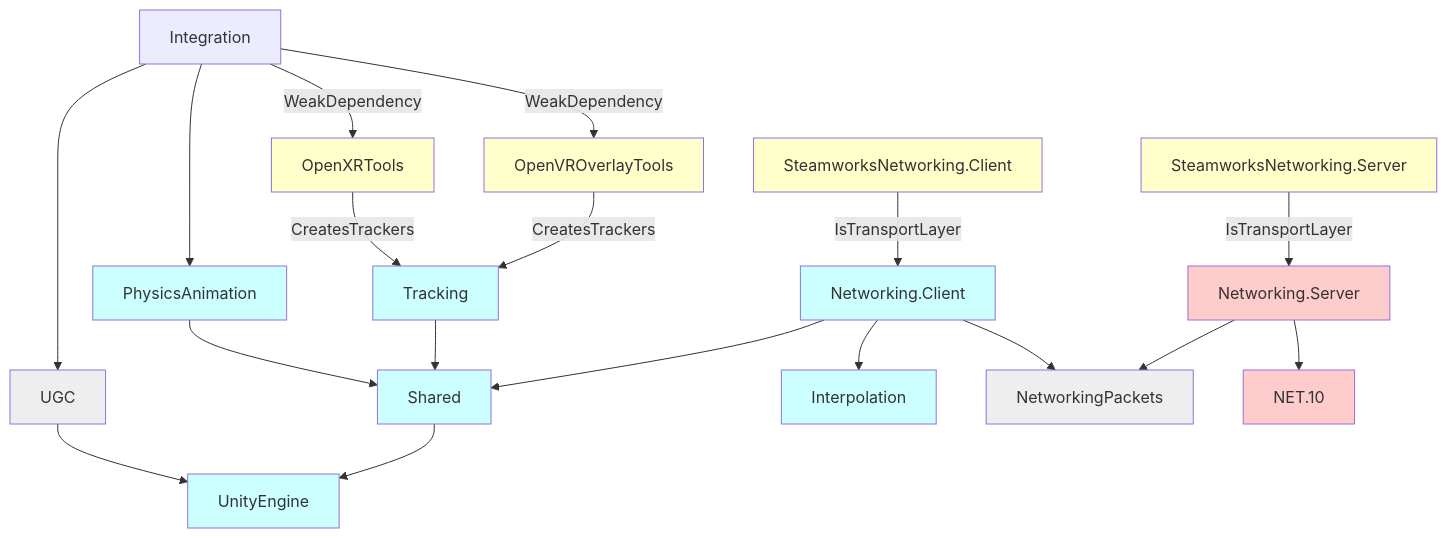
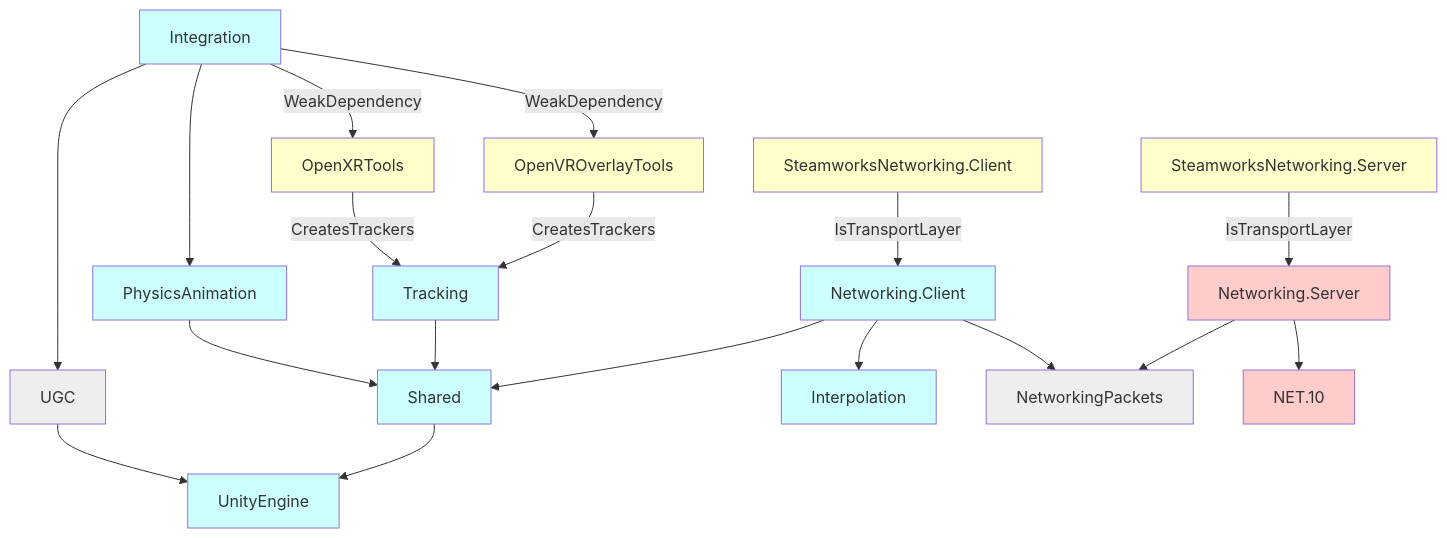
One commit to hai-vr/documentation changed the diagram in docs/hvr/core/structure.md. Above: the diagram before and after it, drawn with Mermaid. The commit also changed other lines of this file, not shown here.

````diff
--- a/docs/hvr/core/structure.md
+++ b/docs/hvr/core/structure.md
@@ -4,32 +13,32 @@
 ```mermaid
 graph TD;
-    PhysicsAnimation-->Shared:::focus;
-    Tracking-->Shared:::focus;
-    OpenXRTools:::vendor-->|CreatesTrackers|Tracking:::focus;
-    OpenVROverlayTools:::vendor-->|CreatesTrackers|Tracking:::focus;
+    PhysicsAnimation-->Shared:::unity;
+    Tracking-->Shared:::unity;
+    OpenXRTools:::vendor-->|CreatesTrackers|Tracking:::unity;
+    OpenVROverlayTools:::vendor-->|CreatesTrackers|Tracking:::unity;
     
-    Integration-->|WeakDependency|OpenXRTools;
+    Integration:::unity-->|WeakDependency|OpenXRTools;
     Integration-->|WeakDependency|OpenVROverlayTools;
-    Integration-->PhysicsAnimation:::focus;
+    Integration-->PhysicsAnimation:::unity;
     Integration-->UGC:::neutral;
     
-    Networking.Client:::focus-->Interpolation:::focus;
+    Networking.Client:::unity-->Interpolation:::unity;
     Networking.Client-->NetworkingPackets:::neutral;
-    Networking.Client-->Shared:::focus;
+    Networking.Client-->Shared:::unity;
     
     UGC-->UnityEngine:::neutral;
-    Shared-->UnityEngine:::focus;
+    Shared-->UnityEngine:::unity;
     
-    Networking.Server:::server-->NetworkingPackets
-    Networking.Server-->NET.10:::server;
+    Networking.Server:::dotnet10-->NetworkingPackets
+    Networking.Server-->NET.10:::dotnet10;
     
     SteamworksNetworking.Client:::vendor-->|IsTransportLayer|Networking.Client
     SteamworksNetworking.Server:::vendor-->|IsTransportLayer|Networking.Server
     
     classDef disabled fill:#CCC
     classDef neutral fill:#EEE
     classDef roots fill:#FCC
-    classDef focus fill:#CFF
-    classDef server fill:#FCC
+    classDef unity fill:#CFF
+    classDef dotnet10 fill:#FCC
     classDef vendor fill:#FFC
 ```
````
